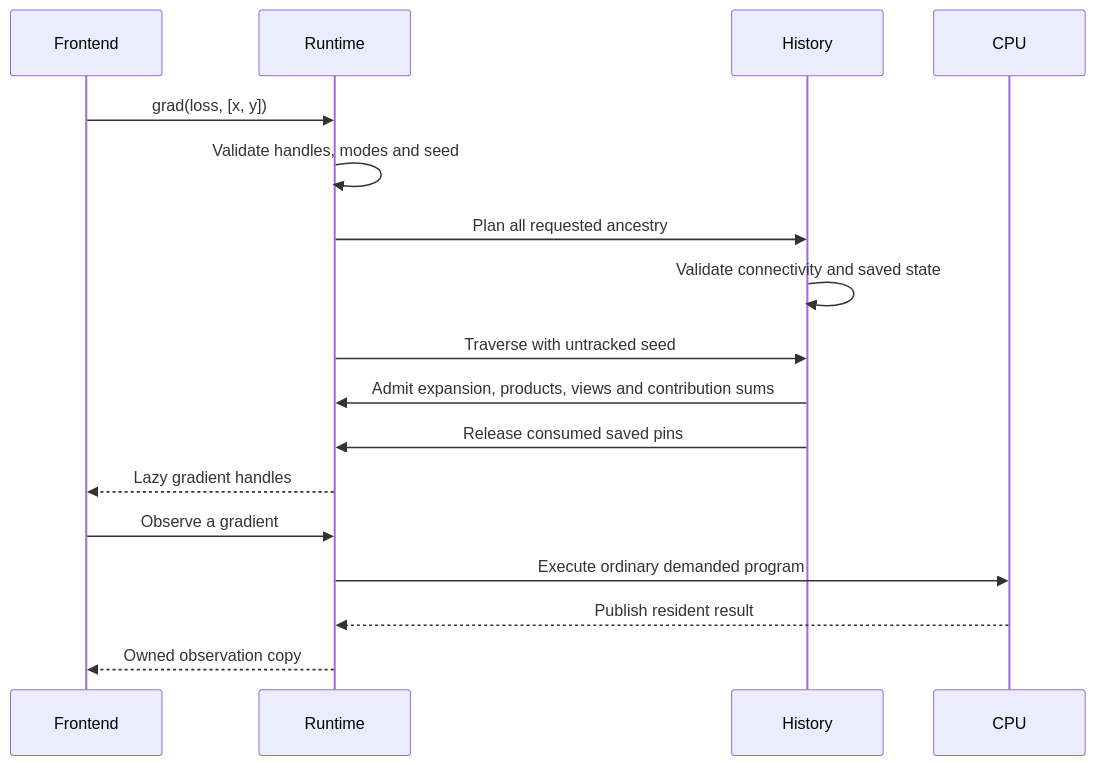
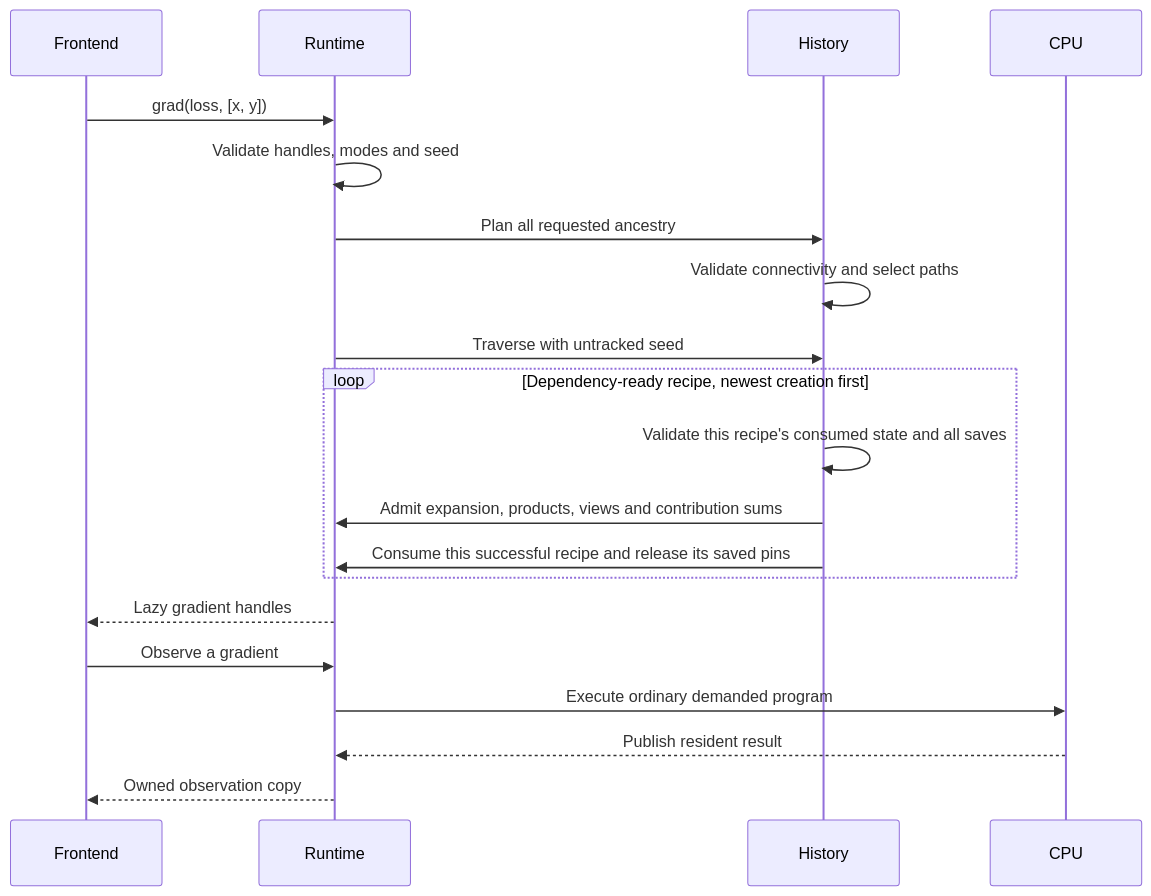
Before and after one commit to isaacperez/tabgrad: the diagram in docs/flows/functional-gradients.md, drawn with Mermaid. The commit also changed other lines of this file and 16 other files, not shown here.

````diff
--- a/docs/flows/functional-gradients.md
+++ b/docs/flows/functional-gradients.md
@@ -34,19 +28,22 @@
 ```mermaid
 sequenceDiagram
     participant Frontend
     participant Runtime
     participant History
     participant CPU
     Frontend->>Runtime: grad(loss, [x, y])
     Runtime->>Runtime: Validate handles, modes and seed
     Runtime->>History: Plan all requested ancestry
-    History->>History: Validate connectivity and saved state
+    History->>History: Validate connectivity and select paths
     Runtime->>History: Traverse with untracked seed
-    History->>Runtime: Admit expansion, products, views and contribution sums
-    History->>Runtime: Release consumed saved pins
+    loop Dependency-ready recipe, newest creation first
+        History->>History: Validate this recipe's consumed state and all saves
+        History->>Runtime: Admit expansion, products, views and contribution sums
+        History->>Runtime: Consume this successful recipe and release its saved pins
+    end
     Runtime-->>Frontend: Lazy gradient handles
     Frontend->>Runtime: Observe a gradient
     Runtime->>CPU: Execute ordinary demanded program
     CPU-->>Runtime: Publish resident result
     Runtime-->>Frontend: Owned observation copy
 ```
````
